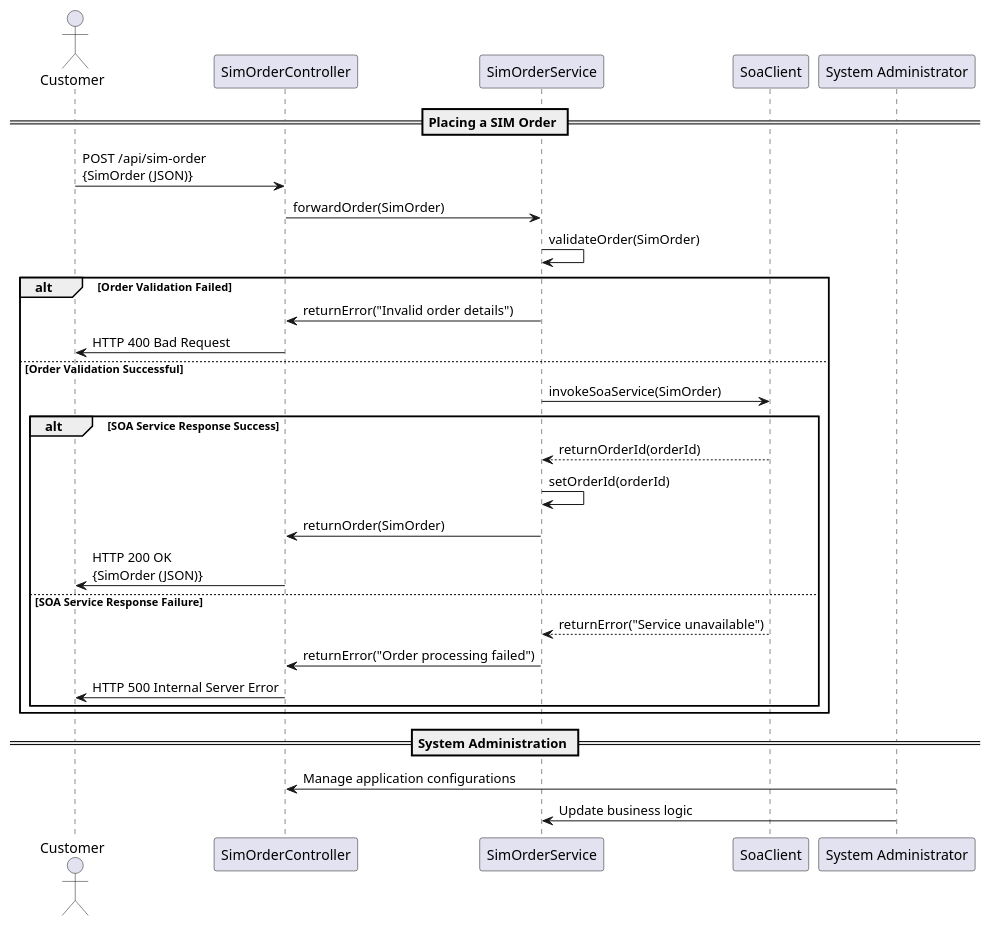
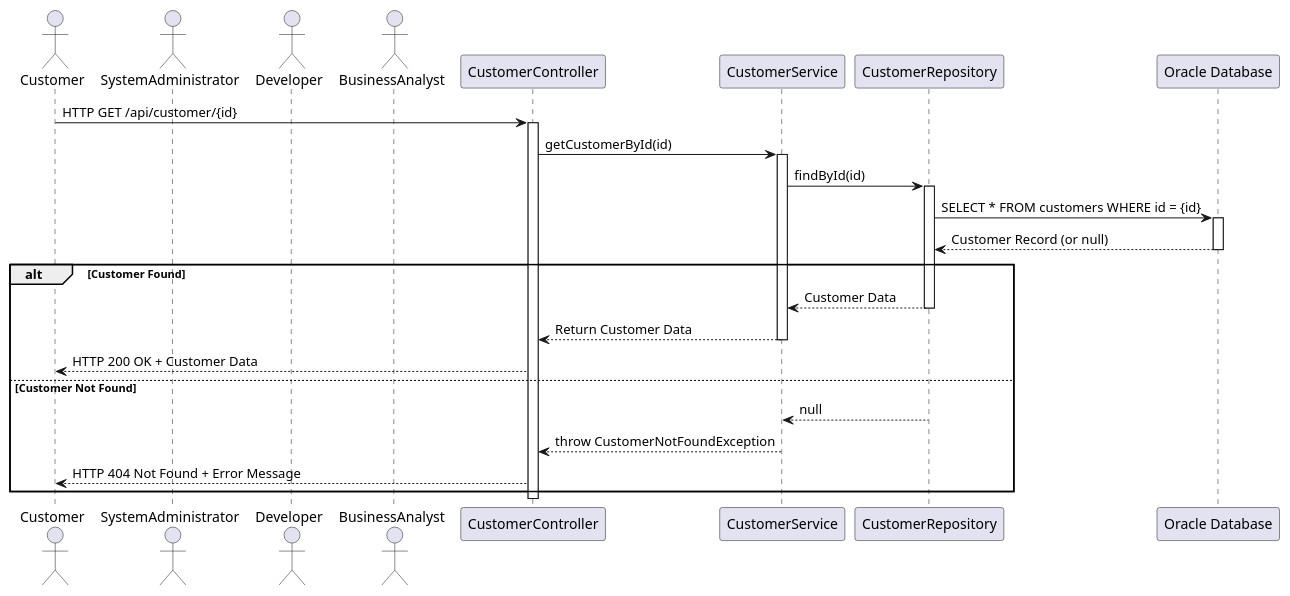
The diagram in design_document/ThreeIreland_48.md (Bhaskar-Pavan/ThreeIreland_48), drawn with PlantUML before and after one commit. The commit also changed other lines of this file, not shown here.

````diff
--- a/design_document/ThreeIreland_48.md
+++ b/design_document/ThreeIreland_48.md
@@ -29,34 +28,49 @@
 ```plantuml
 @startuml
-actor Customer
-participant "SimOrderController" as Controller
-participant "SimOrderService" as Service
-participant "SoaClient" as Client
-participant "System Administrator" as Admin
+actor Customer as C
+actor SystemAdministrator as SA
+actor Developer as D
+actor BusinessAnalyst as BA
 
-== Placing a SIM Order ==
-Customer -> Controller: POST /api/sim-order\n{SimOrder (JSON)}
-Controller -> Service: forwardOrder(SimOrder)
-Service -> Service: validateOrder(SimOrder)
-alt Order Validation Failed
-    Service -> Controller: returnError("Invalid order details")
-    Controller -> Customer: HTTP 400 Bad Request
-else Order Validation Successful
-    Service -> Client: invokeSoaService(SimOrder)
-    alt SOA Service Response Success
-        Client --> Service: returnOrderId(orderId)
-        Service -> Service: setOrderId(orderId)
-        Service -> Controller: returnOrder(SimOrder)
-        Controller -> Customer: HTTP 200 OK\n{SimOrder (JSON)}
-    else SOA Service Response Failure
-        Client --> Service: returnError("Service unavailable")
-        Service -> Controller: returnError("Order processing failed")
-        Controller -> Customer: HTTP 500 Internal Server Error
-    end
+participant "CustomerController" as CC
+participant "CustomerService" as CS
+participant "CustomerRepository" as CR
+participant "Oracle Database" as DB
+
+C -> CC: HTTP GET /api/customer/{id}
+activate CC
+
+CC -> CS: getCustomerById(id)
+activate CS
+
+CS -> CR: findById(id)
+activate CR
+
+CR -> DB: SELECT * FROM customers WHERE id = {id}
+activate DB
+
+DB --> CR: Customer Record (or null)
+deactivate DB
+
+alt Customer Found
+    CR --> CS: Customer Data
+    deactivate CR
+    
+    CS --> CC: Return Customer Data
+    deactivate CS
+    
+    CC --> C: HTTP 200 OK + Customer Data
+else Customer Not Found
+    CR --> CS: null
+    deactivate CR
+    
+    CS --> CC: throw CustomerNotFoundException
+    deactivate CS
+    
+    CC --> C: HTTP 404 Not Found + Error Message
 end
 
-== System Administration ==
-Admin -> Controller: Manage application configurations
-Admin -> Service: Update business logic
+deactivate CC
+
 @enduml
 ```
````
